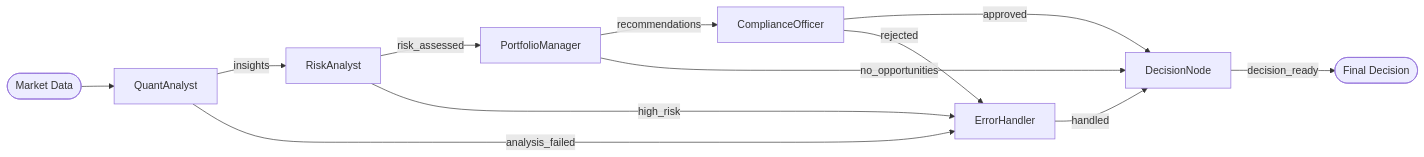
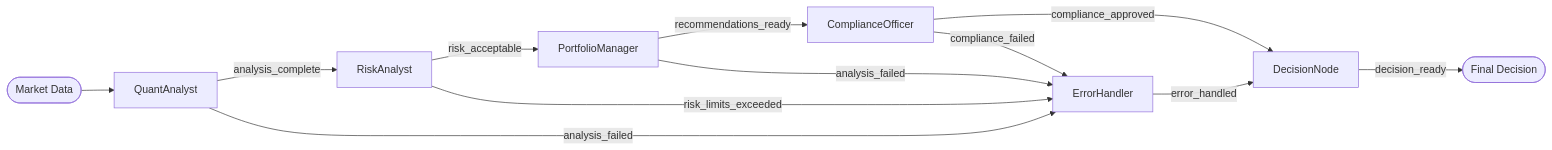
The diagram in examples/portfolio_analysis/README.md (artificial-sapience/clearflow), drawn with Mermaid before and after one commit. The commit also changed other lines of this file and 8 other files, not shown here.

````diff
--- a/examples/portfolio_analysis/README.md
+++ b/examples/portfolio_analysis/README.md
@@ -74,14 +85,14 @@
 ```mermaid
 graph LR
     Start([Market Data]) --> Q[QuantAnalyst]
-    Q -->|insights| R[RiskAnalyst]
+    Q -->|analysis_complete| R[RiskAnalyst]
     Q -->|analysis_failed| E[ErrorHandler]
-    R -->|risk_assessed| P[PortfolioManager]
-    R -->|high_risk| E
-    P -->|recommendations| C[ComplianceOfficer]
-    P -->|no_opportunities| D[DecisionNode]
-    C -->|approved| D[DecisionNode]
-    C -->|rejected| E
-    E -->|handled| D
+    R -->|risk_acceptable| P[PortfolioManager]
+    R -->|risk_limits_exceeded| E
+    P -->|recommendations_ready| C[ComplianceOfficer]
+    P -->|analysis_failed| E
+    C -->|compliance_approved| D[DecisionNode]
+    C -->|compliance_failed| E
+    E -->|error_handled| D
     D -->|decision_ready| End([Final Decision])
 ```
````
